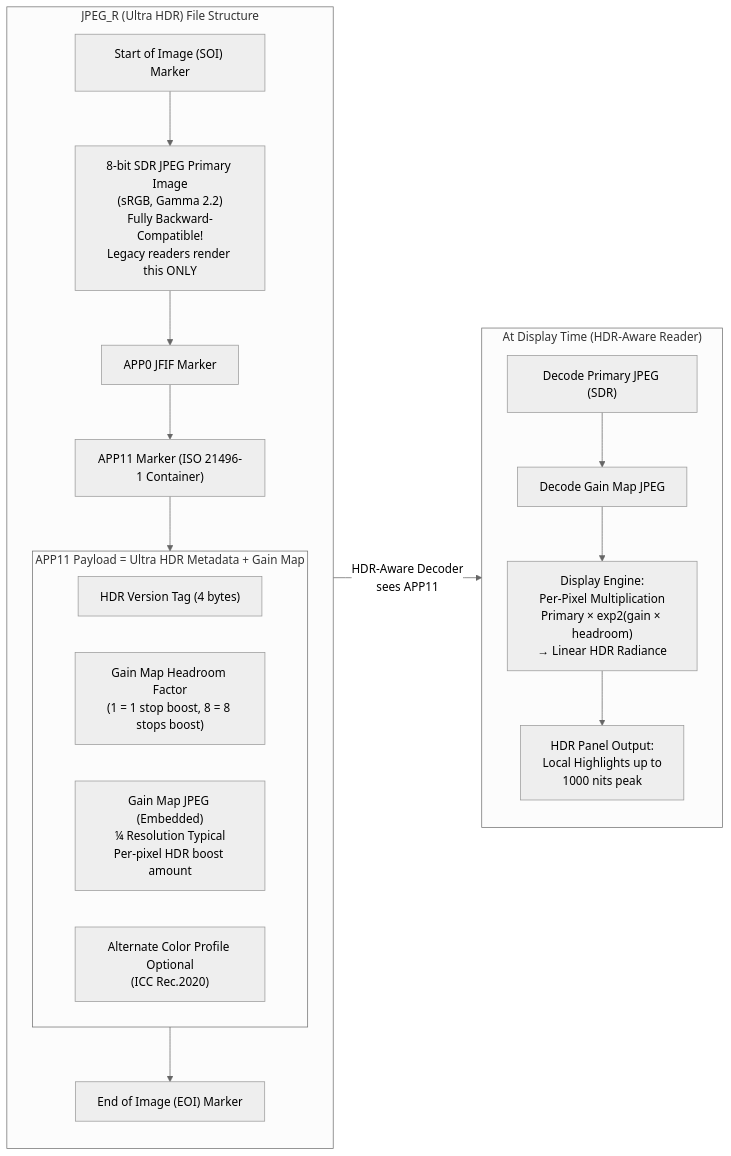
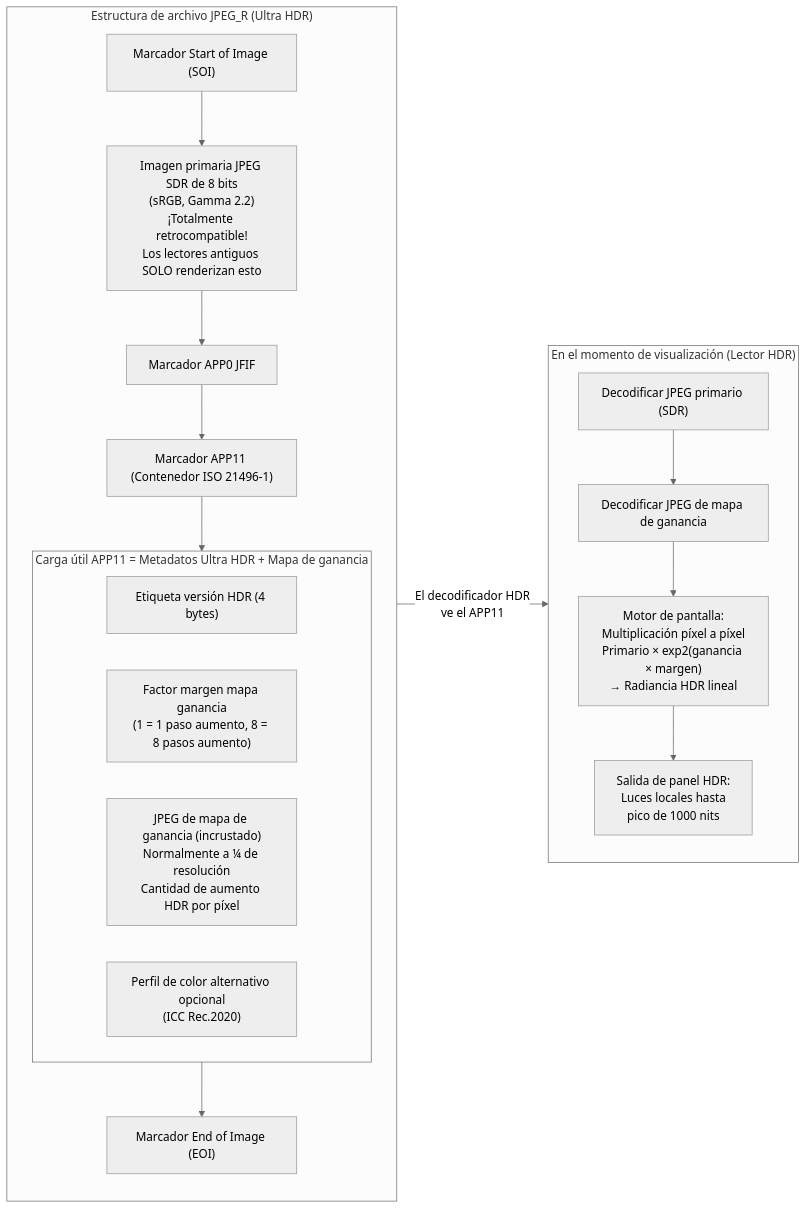
The second of 2 diagrams in website/i18n/es/docusaurus-plugin-content-docs/current/camera2/hdr-and-ultra-hdr.md (zoozooll/AndroidCameraParameters), drawn with Mermaid (neutral theme) before and after one commit. The commit also changed other lines of this file and 378 other files, not shown here.

````diff
--- a/website/i18n/es/docusaurus-plugin-content-docs/current/camera2/hdr-and-ultra-hdr.md
+++ b/website/i18n/es/docusaurus-plugin-content-docs/current/camera2/hdr-and-ultra-hdr.md
@@ -198,25 +198,25 @@
 ```mermaid
 flowchart LR
-    subgraph FILE["JPEG_R (Ultra HDR) File Structure"]
+    subgraph FILE["Estructura de archivo JPEG_R (Ultra HDR)"]
         direction TB
-        SOI["Start of Image (SOI) Marker"] --> PRIMARY["8-bit SDR JPEG Primary Image\n(sRGB, Gamma 2.2)\nFully Backward-Compatible!\nLegacy readers render this ONLY"]
-        PRIMARY --> APP0["APP0 JFIF Marker"]
-        APP0 --> APP11["APP11 Marker (ISO 21496-1 Container)"]
-        subgraph GAINMAP["APP11 Payload = Ultra HDR Metadata + Gain Map"]
-            GM1["HDR Version Tag (4 bytes)"]
-            GM2["Gain Map Headroom Factor\n(1 = 1 stop boost, 8 = 8 stops boost)"]
-            GM3["Gain Map JPEG (Embedded)\n¼ Resolution Typical\nPer-pixel HDR boost amount"]
-            GM4["Alternate Color Profile Optional\n(ICC Rec.2020)"]
+        SOI["Marcador Start of Image (SOI)"] --> PRIMARY["Imagen primaria JPEG SDR de 8 bits<br/>(sRGB, Gamma 2.2)<br/>¡Totalmente retrocompatible!<br/>Los lectores antiguos SOLO renderizan esto"]
+        PRIMARY --> APP0["Marcador APP0 JFIF"]
+        APP0 --> APP11["Marcador APP11 (Contenedor ISO 21496-1)"]
+        subgraph GAINMAP["Carga útil APP11 = Metadatos Ultra HDR + Mapa de ganancia"]
+            GM1["Etiqueta versión HDR (4 bytes)"]
+            GM2["Factor margen mapa ganancia<br/>(1 = 1 paso aumento, 8 = 8 pasos aumento)"]
+            GM3["JPEG de mapa de ganancia (incrustado)<br/>Normalmente a ¼ de resolución<br/>Cantidad de aumento HDR por píxel"]
+            GM4["Perfil de color alternativo opcional<br/>(ICC Rec.2020)"]
         end
         APP11 --> GAINMAP
-        GAINMAP --> EOI["End of Image (EOI) Marker"]
+        GAINMAP --> EOI["Marcador End of Image (EOI)"]
     end
 
-    subgraph RENDER["At Display Time (HDR-Aware Reader)"]
-        R1["Decode Primary JPEG (SDR)"] --> R2["Decode Gain Map JPEG"]
-        R2 --> R3["Display Engine:\nPer-Pixel Multiplication\nPrimary × exp2(gain × headroom)\n→ Linear HDR Radiance"]
-        R3 --> R4["HDR Panel Output:\nLocal Highlights up to\n1000 nits peak"]
+    subgraph RENDER["En el momento de visualización (Lector HDR)"]
+        R1["Decodificar JPEG primario (SDR)"] --> R2["Decodificar JPEG de mapa de ganancia"]
+        R2 --> R3["Motor de pantalla:<br/>Multiplicación píxel a píxel<br/>Primario × exp2(ganancia × margen)<br/>→ Radiancia HDR lineal"]
+        R3 --> R4["Salida de panel HDR:<br/>Luces locales hasta<br/>pico de 1000 nits"]
     end
 
-    FILE -->|"HDR-Aware Decoder\nsees APP11"| RENDER
+    FILE -->|"El decodificador HDR<br/>ve el APP11"| RENDER
 ```
````
